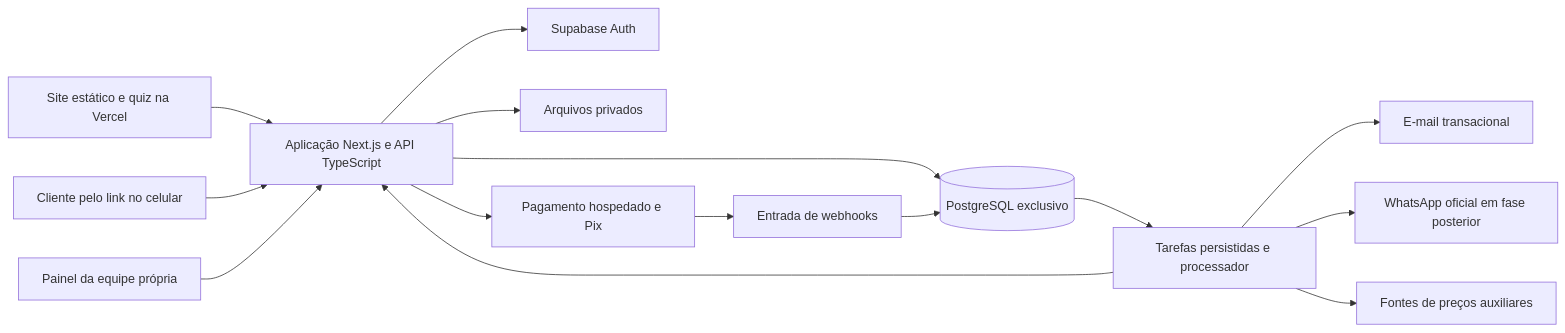
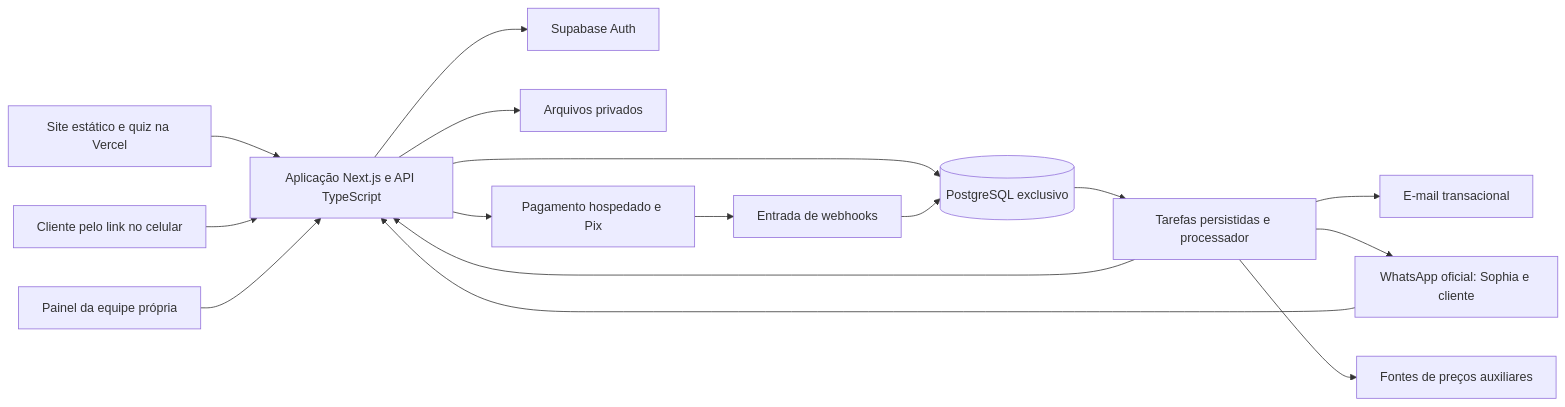
Before and after one commit to ghcastellano/descomplica-guaruja: the third of 3 diagrams in docs/plano-arquitetura-operacao-2026-09.md, drawn with Mermaid. The commit also changed other lines of this file and 3 other files, not shown here.

Commit message:
Ajusta apresentação móvel e planeja revisão de propostas pelo WhatsApp

````diff
--- a/docs/plano-arquitetura-operacao-2026-09.md
+++ b/docs/plano-arquitetura-operacao-2026-09.md
@@ -203,17 +291,18 @@
 ```mermaid
 flowchart LR
  Site[Site estático e quiz na Vercel] --> App[Aplicação Next.js e API TypeScript]
  Cliente[Cliente pelo link no celular] --> App
  Equipe[Painel da equipe própria] --> App
  App --> Auth[Supabase Auth]
  App --> DB[(PostgreSQL exclusivo)]
  App --> Storage[Arquivos privados]
  App --> PSP[Pagamento hospedado e Pix]
  PSP --> WH[Entrada de webhooks]
  WH --> DB
  DB --> Jobs[Tarefas persistidas e processador]
  Jobs --> Email[E-mail transacional]
- Jobs --> WA[WhatsApp oficial em fase posterior]
+ Jobs --> WA[WhatsApp oficial: Sophia e cliente]
+ WA --> App
  Jobs --> Precos[Fontes de preços auxiliares]
  Jobs --> App
 ```
````
